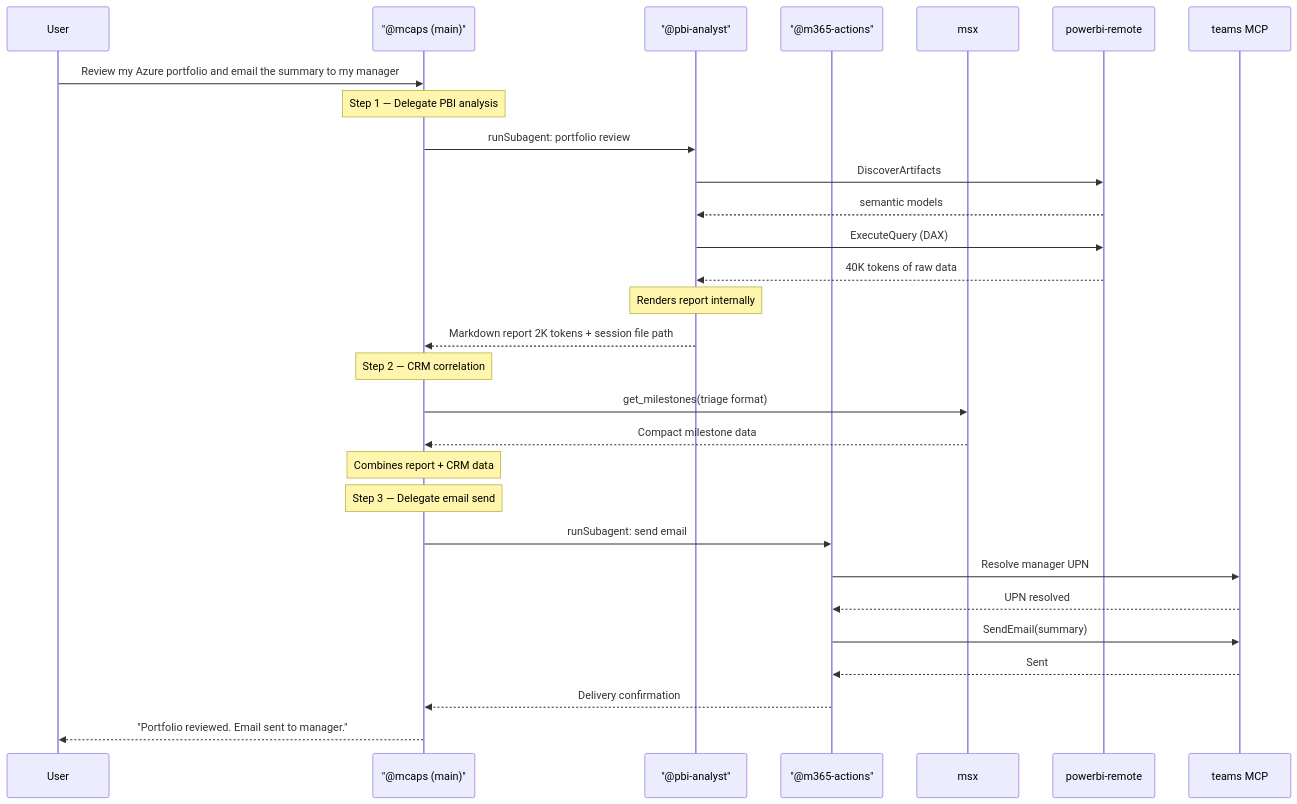
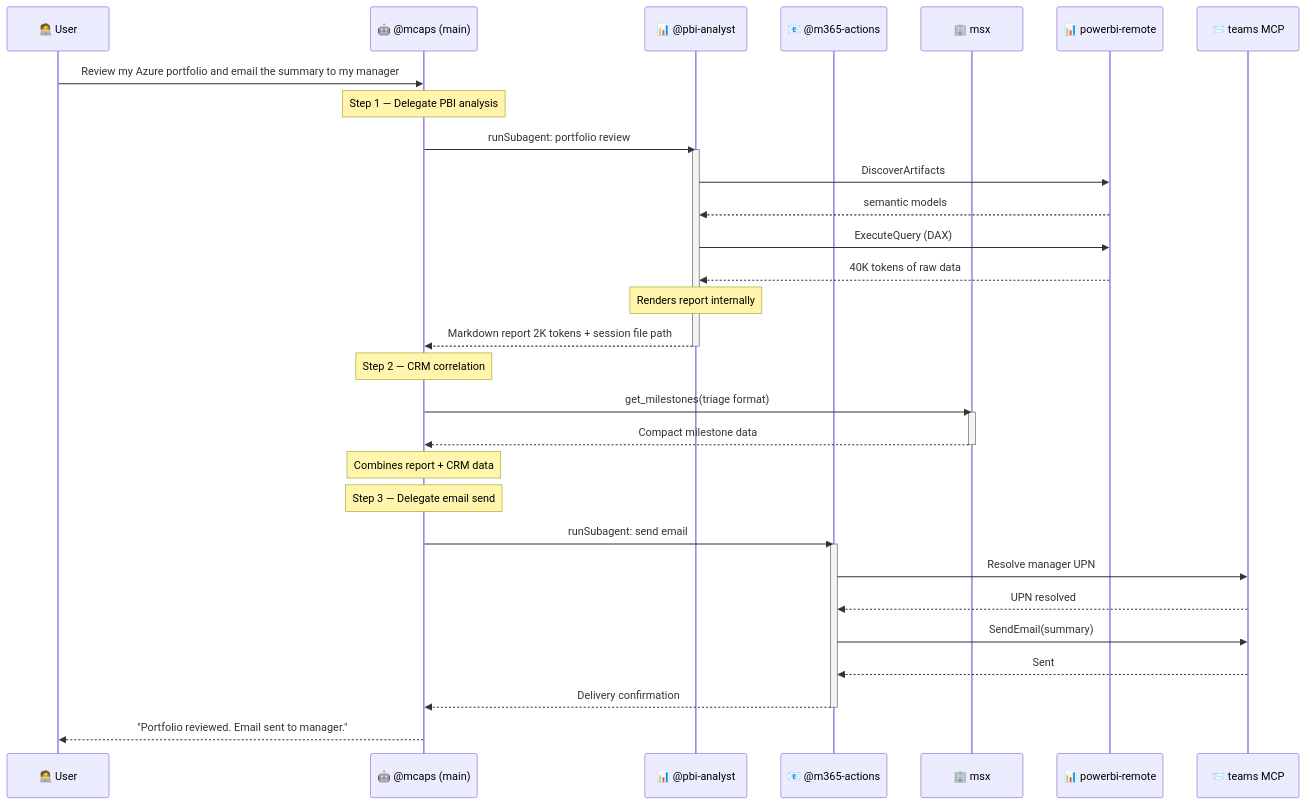
Before and after one commit to mjhoffmeister/MCAPS-IQ: the fourth of 6 diagrams in site/docs/architecture/context-optimization.md, drawn with Mermaid. The commit also changed other lines of this file and 57 other files, not shown here.

Commit message:
Refactor mkdocs configuration: remove navigation.expand, update mermaid format, and reorganize nav structure

````diff
--- a/site/docs/architecture/context-optimization.md
+++ b/site/docs/architecture/context-optimization.md
@@ -147,36 +175,42 @@
 ```mermaid
 sequenceDiagram
-    participant U as User
-    participant M as "@mcaps (main)"
-    participant P as "@pbi-analyst"
-    participant A as "@m365-actions"
-    participant CRM as msx
-    participant PBI as powerbi-remote
-    participant T as teams MCP
+    participant U as 🧑‍💻 User
+    participant M as 🤖 @mcaps (main)
+    participant P as 📊 @pbi-analyst
+    participant A as 📧 @m365-actions
+    participant CRM as 🏢 msx
+    participant PBI as 📊 powerbi-remote
+    participant T as 📨 teams MCP
 
     U->>M: Review my Azure portfolio and email the summary to my manager
 
     Note over M: Step 1 — Delegate PBI analysis
     M->>P: runSubagent: portfolio review
+    activate P
     P->>PBI: DiscoverArtifacts
     PBI-->>P: semantic models
     P->>PBI: ExecuteQuery (DAX)
     PBI-->>P: 40K tokens of raw data
     Note over P: Renders report internally
     P-->>M: Markdown report 2K tokens + session file path
+    deactivate P
 
     Note over M: Step 2 — CRM correlation
     M->>CRM: get_milestones(triage format)
+    activate CRM
     CRM-->>M: Compact milestone data
+    deactivate CRM
     Note over M: Combines report + CRM data
 
     Note over M: Step 3 — Delegate email send
     M->>A: runSubagent: send email
+    activate A
     A->>T: Resolve manager UPN
     T-->>A: UPN resolved
     A->>T: SendEmail(summary)
     T-->>A: Sent
     A-->>M: Delivery confirmation
+    deactivate A
 
     M-->>U: "Portfolio reviewed. Email sent to manager."
 ```
````
